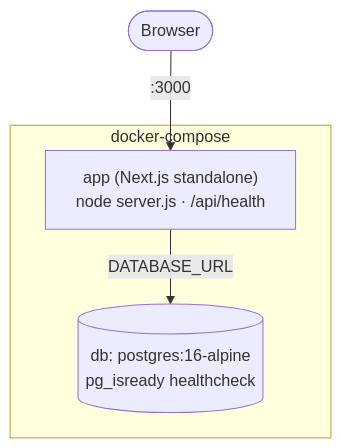
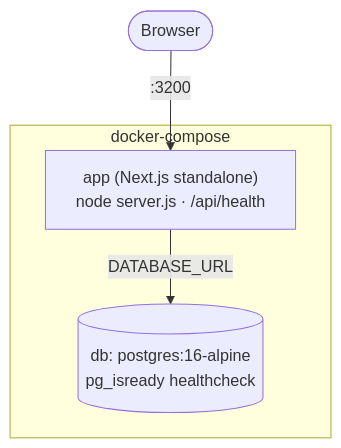
Diagram 13 of 14 in docs/ARCHITECTURE.md (jamesbas/storyforgeai), drawn with Mermaid before and after one commit. The commit also changed other lines of this file and 83 other files, not shown here.

````diff
--- a/docs/ARCHITECTURE.md
+++ b/docs/ARCHITECTURE.md
@@ -425,9 +425,9 @@
 ```mermaid
 flowchart TB
     subgraph compose["docker-compose"]
         appc["app (Next.js standalone)<br/>node server.js · /api/health"]
         dbc[("db: postgres:16-alpine<br/>pg_isready healthcheck")]
     end
     appc -->|DATABASE_URL| dbc
-    browser([Browser]) -->|:3000| appc
+    browser([Browser]) -->|:3200| appc
 ```
````
